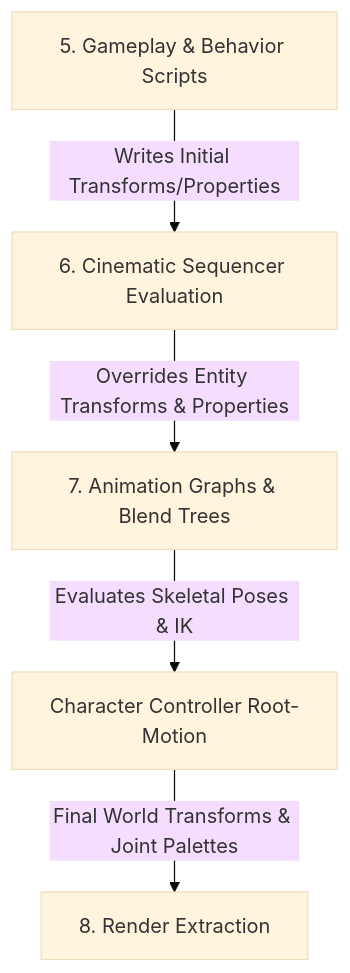
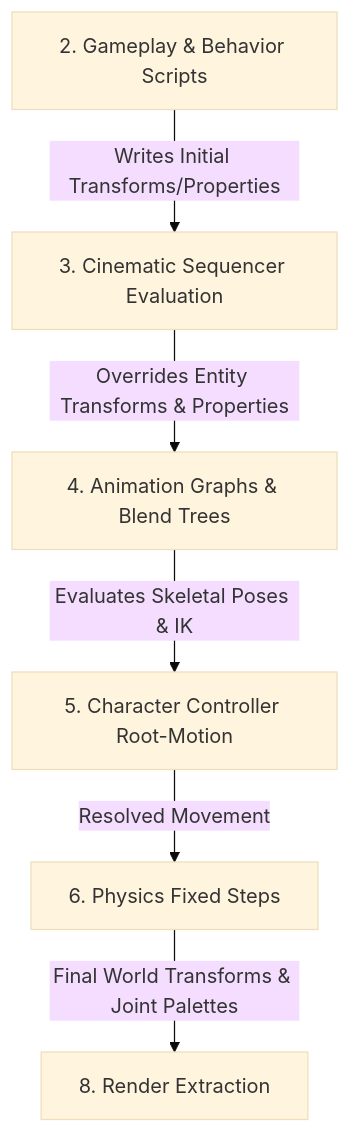
One commit to abdullahbodur/horo-engine changed the diagram in docs/adr/011-sequencer-ownership-clock-authority-and-binding-boundary.md. Above: the diagram before and after it, drawn with Mermaid (base theme). The commit also changed other lines of this file and 1 other file, not shown here.

Commit message:
docs(cinematics): resolve pauseGameplay clock and tick-order contradiction #1697 [CIN-001.1]

````diff
--- a/docs/adr/011-sequencer-ownership-clock-authority-and-binding-boundary.md
+++ b/docs/adr/011-sequencer-ownership-clock-authority-and-binding-boundary.md
@@ -118,7 +122,8 @@
 ```mermaid
 flowchart TD
-    A[5. Gameplay & Behavior Scripts] -->|Writes Initial Transforms/Properties| B[6. Cinematic Sequencer Evaluation]
-    B -->|Overrides Entity Transforms & Properties| C[7. Animation Graphs & Blend Trees]
-    C -->|Evaluates Skeletal Poses & IK| D[Character Controller Root-Motion]
-    D -->|Final World Transforms & Joint Palettes| E[8. Render Extraction]
+    A[2. Gameplay & Behavior Scripts] -->|Writes Initial Transforms/Properties| B[3. Cinematic Sequencer Evaluation]
+    B -->|Overrides Entity Transforms & Properties| C[4. Animation Graphs & Blend Trees]
+    C -->|Evaluates Skeletal Poses & IK| D[5. Character Controller Root-Motion]
+    D -->|Resolved Movement| E[6. Physics Fixed Steps]
+    E -->|Final World Transforms & Joint Palettes| F[8. Render Extraction]
 ```
````
